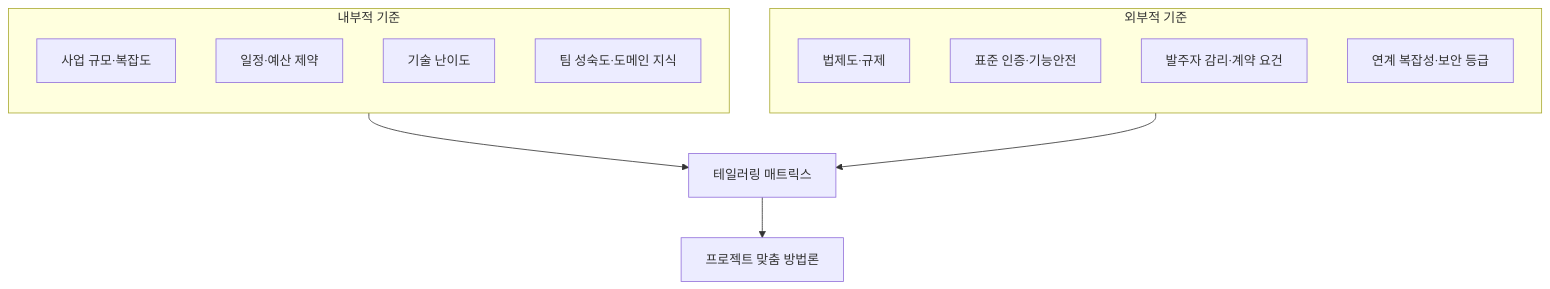
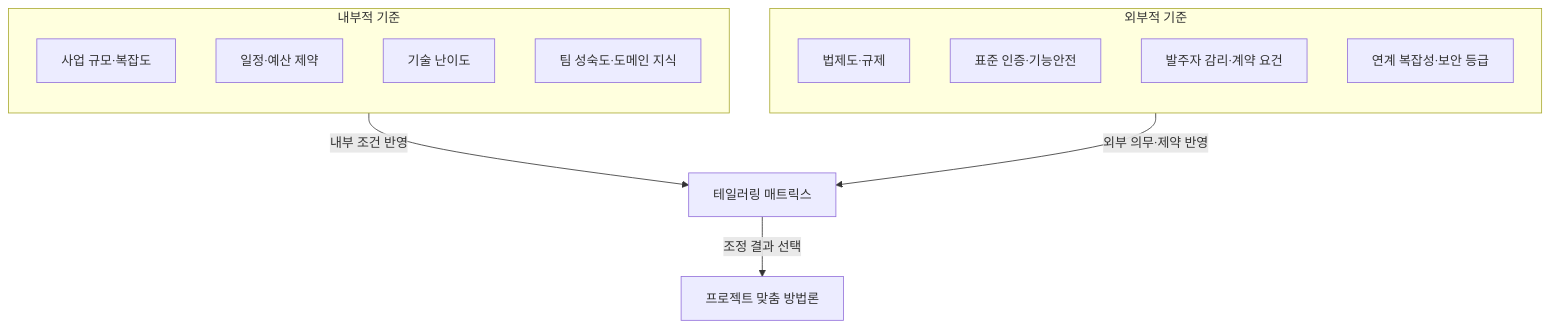
The second of 3 diagrams in src/content/docs/notes/itpe/02-software-engineering/039_methodology_tailoring.md (agnusdei1207/study), drawn with Mermaid before and after one commit. The commit also changed other lines of this file and 3 other files, not shown here.

````diff
--- a/src/content/docs/notes/itpe/02-software-engineering/039_methodology_tailoring.md
+++ b/src/content/docs/notes/itpe/02-software-engineering/039_methodology_tailoring.md
@@ -101,20 +91,20 @@
 ```mermaid
 flowchart TB
     subgraph INT["내부적 기준"]
         direction TB
         I1["사업 규모·복잡도"]
         I2["일정·예산 제약"]
         I3["기술 난이도"]
         I4["팀 성숙도·도메인 지식"]
     end
     subgraph EXT["외부적 기준"]
         direction TB
         E1["법제도·규제"]
         E2["표준 인증·기능안전"]
         E3["발주자 감리·계약 요건"]
         E4["연계 복잡성·보안 등급"]
     end
-    INT --> TM["테일러링 매트릭스"]
-    EXT --> TM
-    TM --> OPT["프로젝트 맞춤 방법론"]
+    INT -->|"내부 조건 반영"| TM["테일러링 매트릭스"]
+    EXT -->|"외부 의무·제약 반영"| TM
+    TM -->|"조정 결과 선택"| OPT["프로젝트 맞춤 방법론"]
 ```
````
